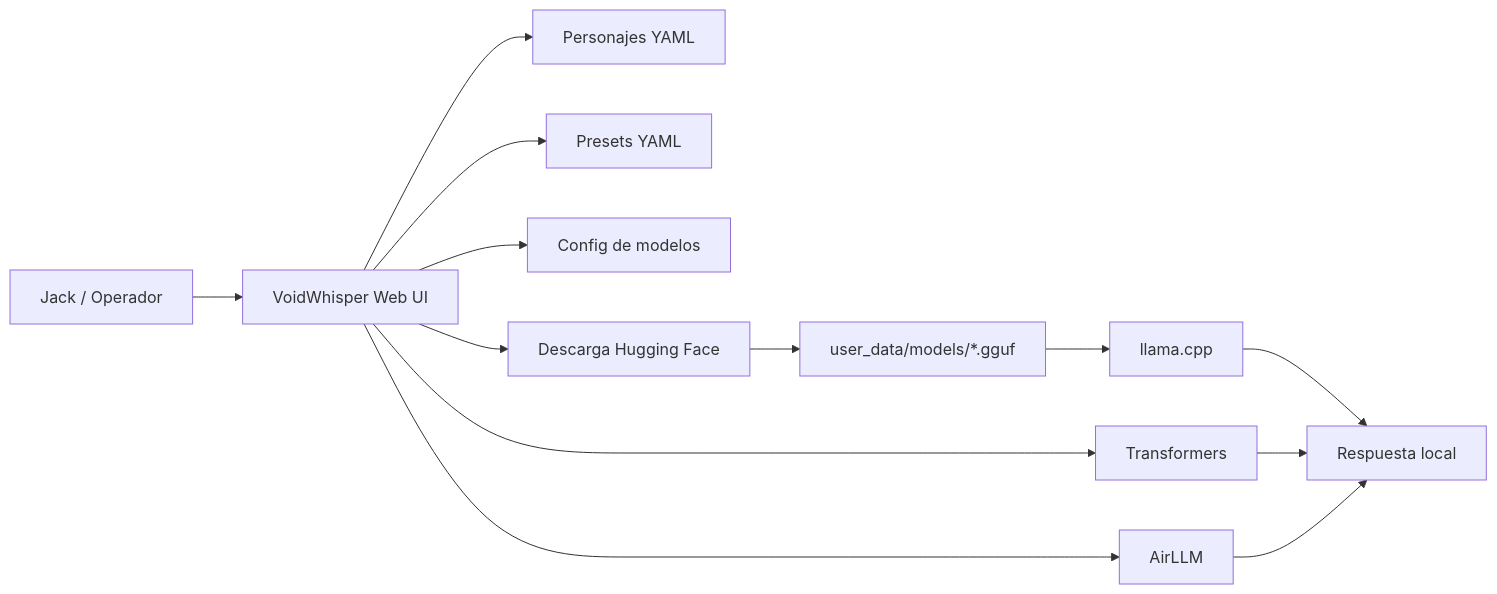
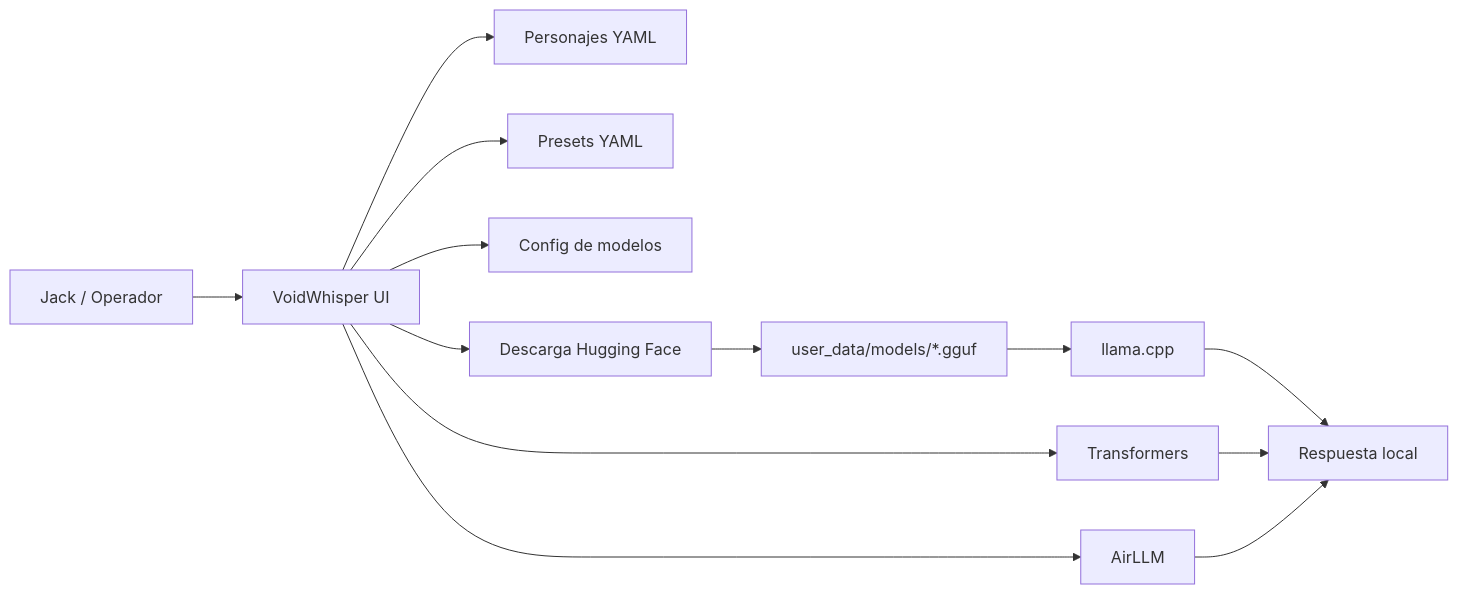
Before and after one commit to JackStar6677-1/VoidWhisper: the first of 3 diagrams in README.md, drawn with Mermaid. The commit also changed other lines of this file and 4 other files, not shown here.

Commit message:
feat: integra carga local de modelos en VoidWhisper

````diff
--- a/README.md
+++ b/README.md
@@ -18,15 +18,15 @@
 ```mermaid
 flowchart LR
-    U[Jack / Operador] --> UI[VoidWhisper Web UI]
+    U[Jack / Operador] --> UI[VoidWhisper UI]
     UI --> C[Personajes YAML]
     UI --> P[Presets YAML]
     UI --> M[Config de modelos]
     UI --> D[Descarga Hugging Face]
     D --> L[user_data/models/*.gguf]
     L --> B[llama.cpp]
     UI --> T[Transformers]
     UI --> A[AirLLM]
     B --> R[Respuesta local]
     T --> R
     A --> R
 ```
````
